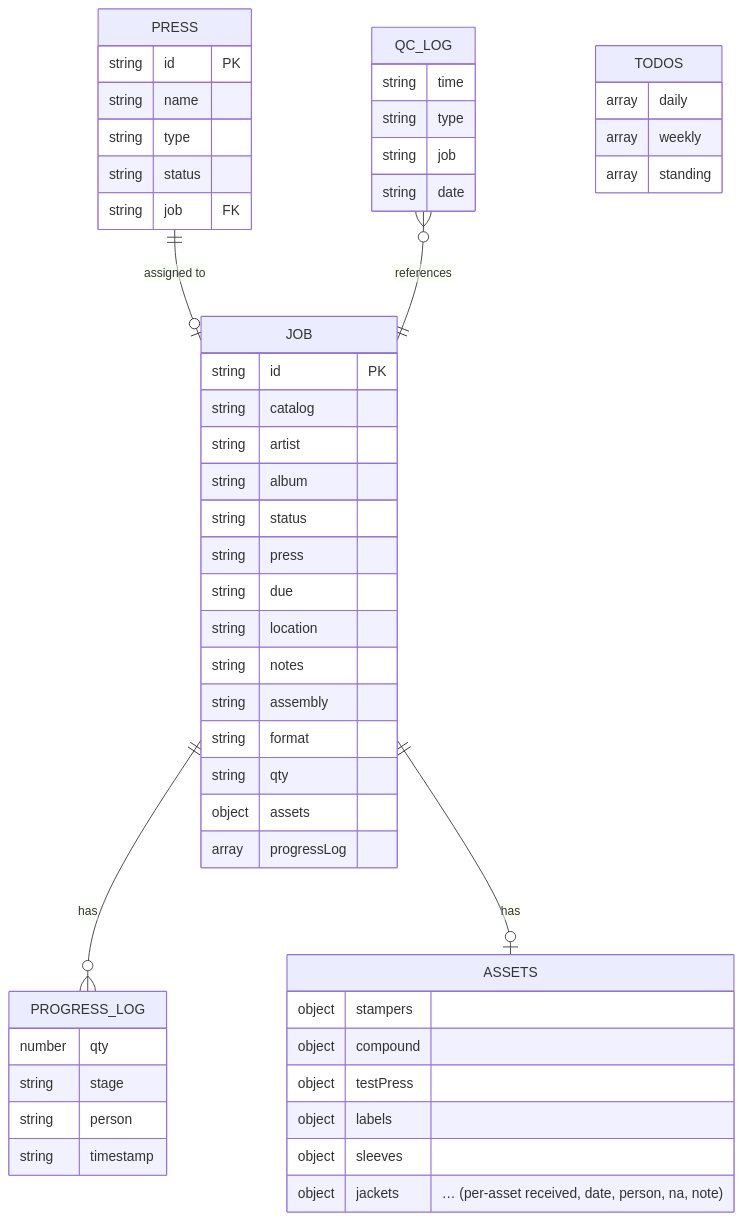
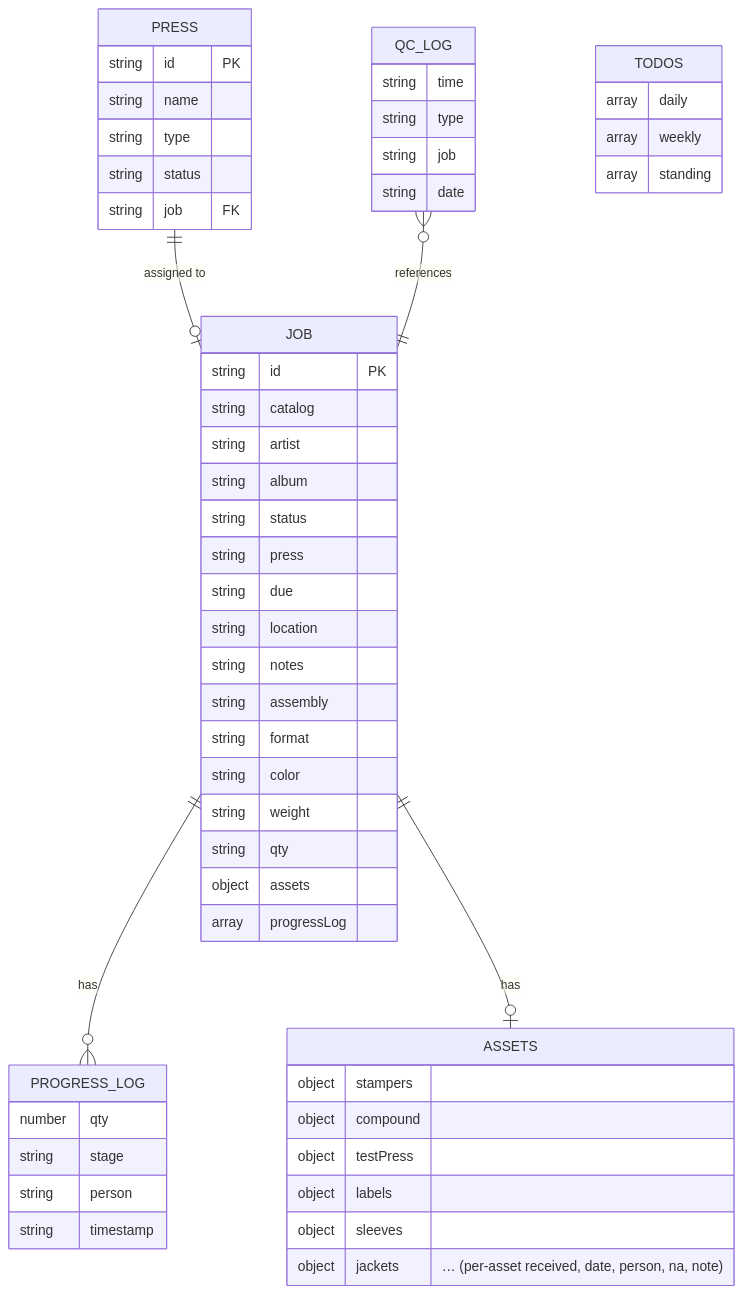
One commit to areyouonthebushq/pmp-ops-dashboard changed the second of 2 diagrams in docs/INFORMATION-ARCHITECTURE.md. Above: the diagram before and after it, drawn with Mermaid. The commit also changed other lines of this file and 9 other files, not shown here.

````diff
--- a/docs/INFORMATION-ARCHITECTURE.md
+++ b/docs/INFORMATION-ARCHITECTURE.md
@@ -61,62 +73,64 @@
 ```mermaid
 erDiagram
     JOB ||--o{ PROGRESS_LOG : "has"
     JOB ||--o| ASSETS : "has"
     PRESS ||--o| JOB : "assigned to"
     QC_LOG }o--|| JOB : "references"
 
     JOB {
         string id PK
         string catalog
         string artist
         string album
         string status
         string press
         string due
         string location
         string notes
         string assembly
         string format
+        string color
+        string weight
         string qty
         object assets
         array progressLog
     }
 
     PROGRESS_LOG {
         number qty
         string stage
         string person
         string timestamp
     }
 
     ASSETS {
         object stampers
         object compound
         object testPress
         object labels
         object sleeves
         object jackets
         "… (per-asset received, date, person, na, note)"
     }
 
     PRESS {
         string id PK
         string name
         string type
         string status
         string job FK
     }
 
     QC_LOG {
         string time
         string type
         string job
         string date
     }
 
     TODOS {
         array daily
         array weekly
         array standing
     }
 ```
````
